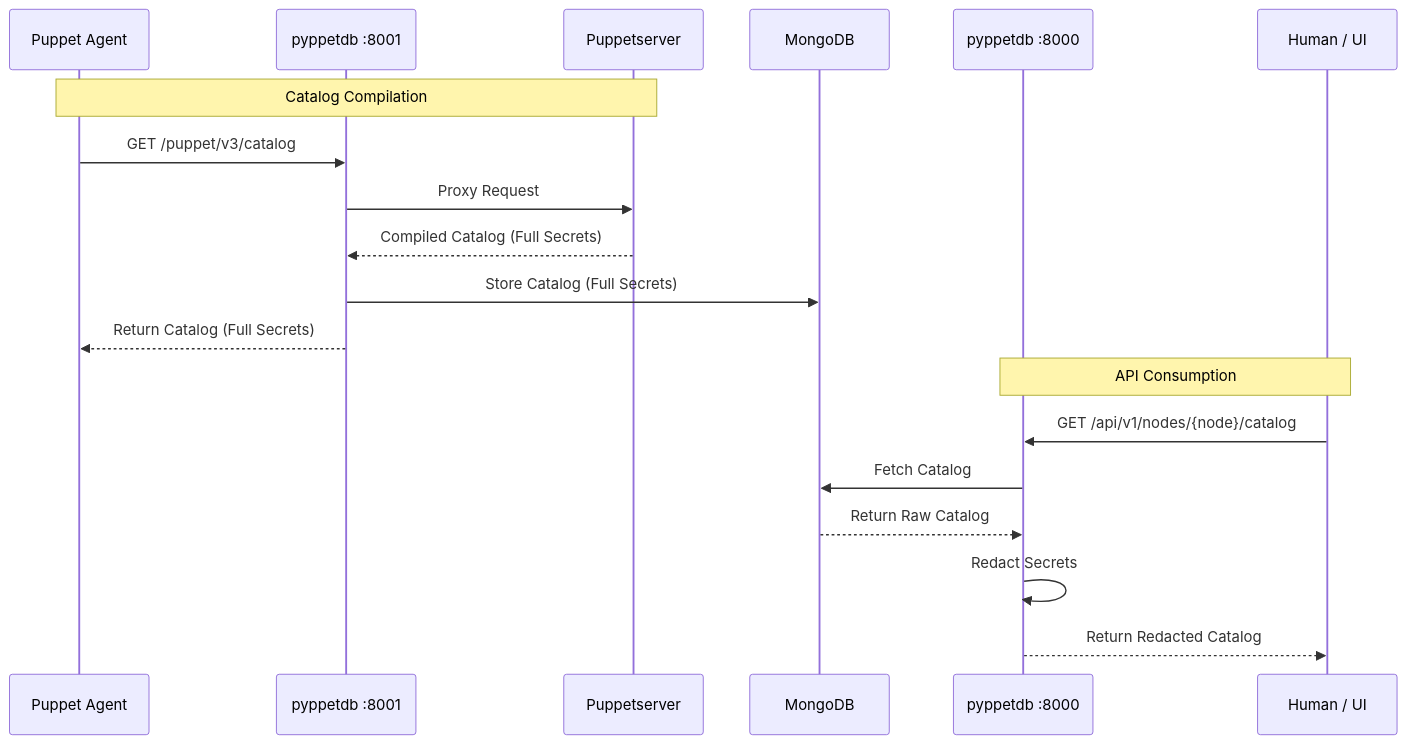
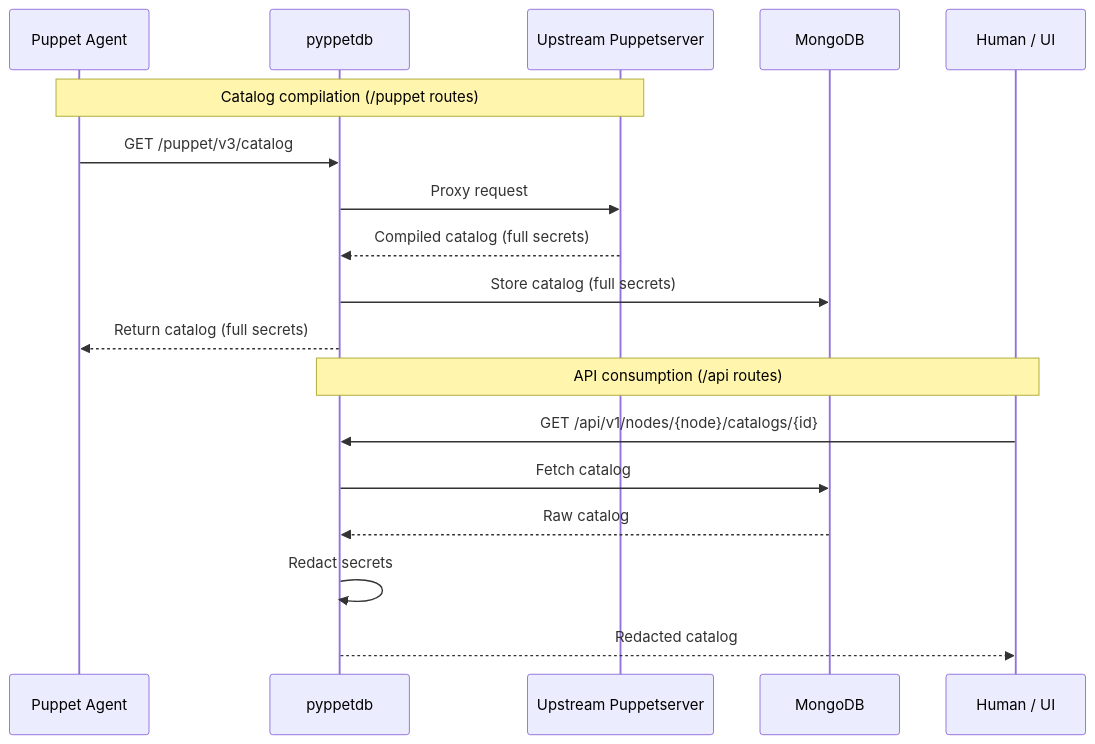
One commit to schlitzered/pyppetdb changed the third of 4 diagrams in docs/architecture.md. Above: the diagram before and after it, drawn with Mermaid. The commit also changed other lines of this file and 8 other files, not shown here.

````diff
--- a/docs/architecture.md
+++ b/docs/architecture.md
@@ -67,23 +81,22 @@
 ```mermaid
 sequenceDiagram
     participant Node as Puppet Agent
-    participant P1 as pyppetdb :8001
-    participant PS as Puppetserver
+    participant PP as pyppetdb
+    participant PS as Upstream Puppetserver
     participant DB as MongoDB
-    participant API as pyppetdb :8000
     participant User as Human / UI
 
-    Note over Node, PS: Catalog Compilation
-    Node->>P1: GET /puppet/v3/catalog
-    P1->>PS: Proxy Request
-    PS-->>P1: Compiled Catalog (Full Secrets)
-    P1->>DB: Store Catalog (Full Secrets)
-    P1-->>Node: Return Catalog (Full Secrets)
-    
-    Note over API, User: API Consumption
-    User->>API: GET /api/v1/nodes/{node}/catalog
-    API->>DB: Fetch Catalog
-    DB-->>API: Return Raw Catalog
-    API->>API: Redact Secrets
-    API-->>User: Return Redacted Catalog
+    Note over Node, PS: Catalog compilation (/puppet routes)
+    Node->>PP: GET /puppet/v3/catalog
+    PP->>PS: Proxy request
+    PS-->>PP: Compiled catalog (full secrets)
+    PP->>DB: Store catalog (full secrets)
+    PP-->>Node: Return catalog (full secrets)
+
+    Note over PP, User: API consumption (/api routes)
+    User->>PP: GET /api/v1/nodes/{node}/catalogs/{id}
+    PP->>DB: Fetch catalog
+    DB-->>PP: Raw catalog
+    PP->>PP: Redact secrets
+    PP-->>User: Redacted catalog
 ```
````
